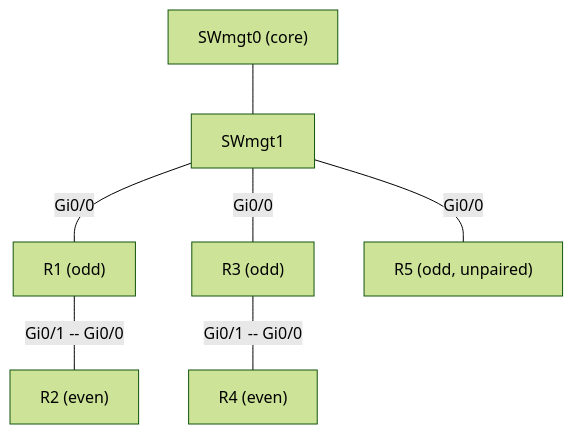
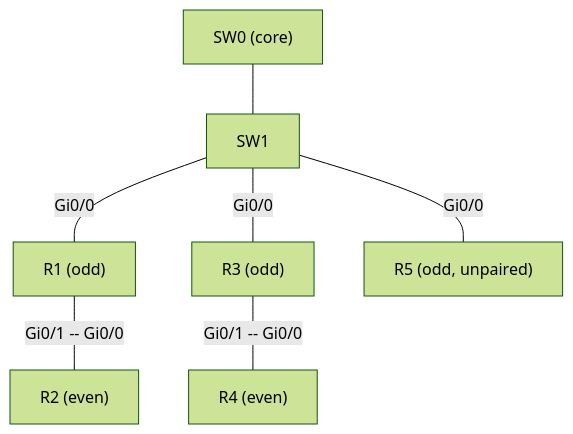
The second of 2 diagrams in README.md (QB4DEVOPS/topogen), drawn with Mermaid (forest theme) before and after one commit. The commit also changed other lines of this file, not shown here.

First line of the commit message:
docs: fix switch names in README to match code (SWmgt -> SW0/SW1/SW2)

````diff
--- a/README.md
+++ b/README.md
@@ -372,11 +372,11 @@
 ```mermaid
 graph TD
-    SWcore["SWmgt0 (core)"]
-    SW1["SWmgt1"]
+    SWcore["SW0 (core)"]
+    SW1["SW1"]
     SWcore --- SW1
     SW1 ---|"Gi0/0"| R1["R1 (odd)"]
     R1 ---|"Gi0/1 -- Gi0/0"| R2["R2 (even)"]
     SW1 ---|"Gi0/0"| R3["R3 (odd)"]
     R3 ---|"Gi0/1 -- Gi0/0"| R4["R4 (even)"]
     SW1 ---|"Gi0/0"| R5["R5 (odd, unpaired)"]
 ```
````
